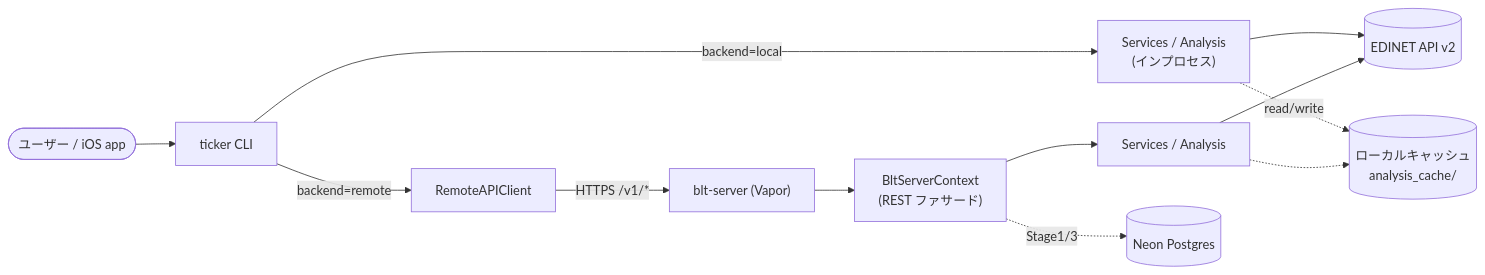
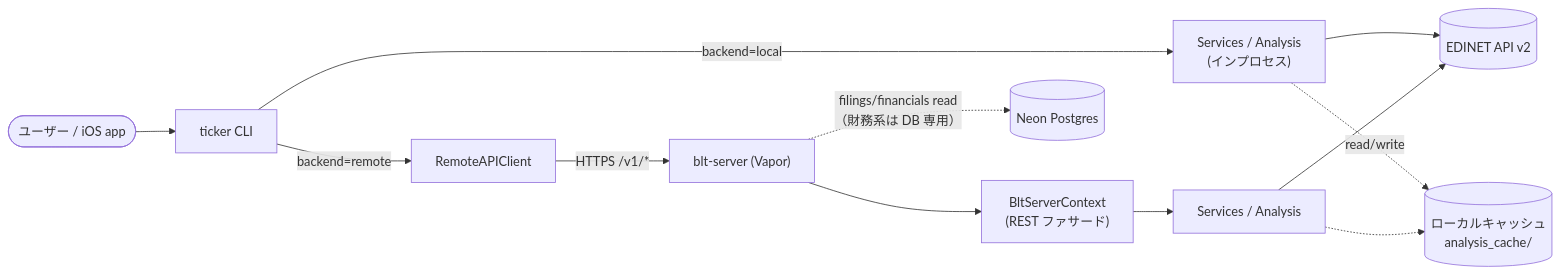
Before and after one commit to sollahiro/blue-ticker: the second of 4 diagrams in docs/architecture.md, drawn with Mermaid. The commit also changed other lines of this file, not shown here.

First line of the commit message:
docs: update architecture.md to reflect DB-only financial read paths

````diff
--- a/docs/architecture.md
+++ b/docs/architecture.md
@@ -72,14 +72,14 @@
 ```mermaid
 flowchart LR
     user(["ユーザー / iOS app"]) --> cli["ticker CLI"]
     cli -->|"backend=local"| svc["Services / Analysis<br/>(インプロセス)"]
     cli -->|"backend=remote"| rc["RemoteAPIClient"]
     rc -->|"HTTPS /v1/*"| server["blt-server (Vapor)"]
     server --> facade["BltServerContext<br/>(REST ファサード)"]
     facade --> svc2["Services / Analysis"]
     svc --> edinet[("EDINET API v2")]
     svc2 --> edinet
     svc -.->|read/write| cache[("ローカルキャッシュ<br/>analysis_cache/")]
     svc2 -.-> cache
-    facade -.->|Stage1/3| pg[("Neon Postgres")]
+    server -.->|"filings/financials read<br/>（財務系は DB 専用）"| pg[("Neon Postgres")]
 ```
````
